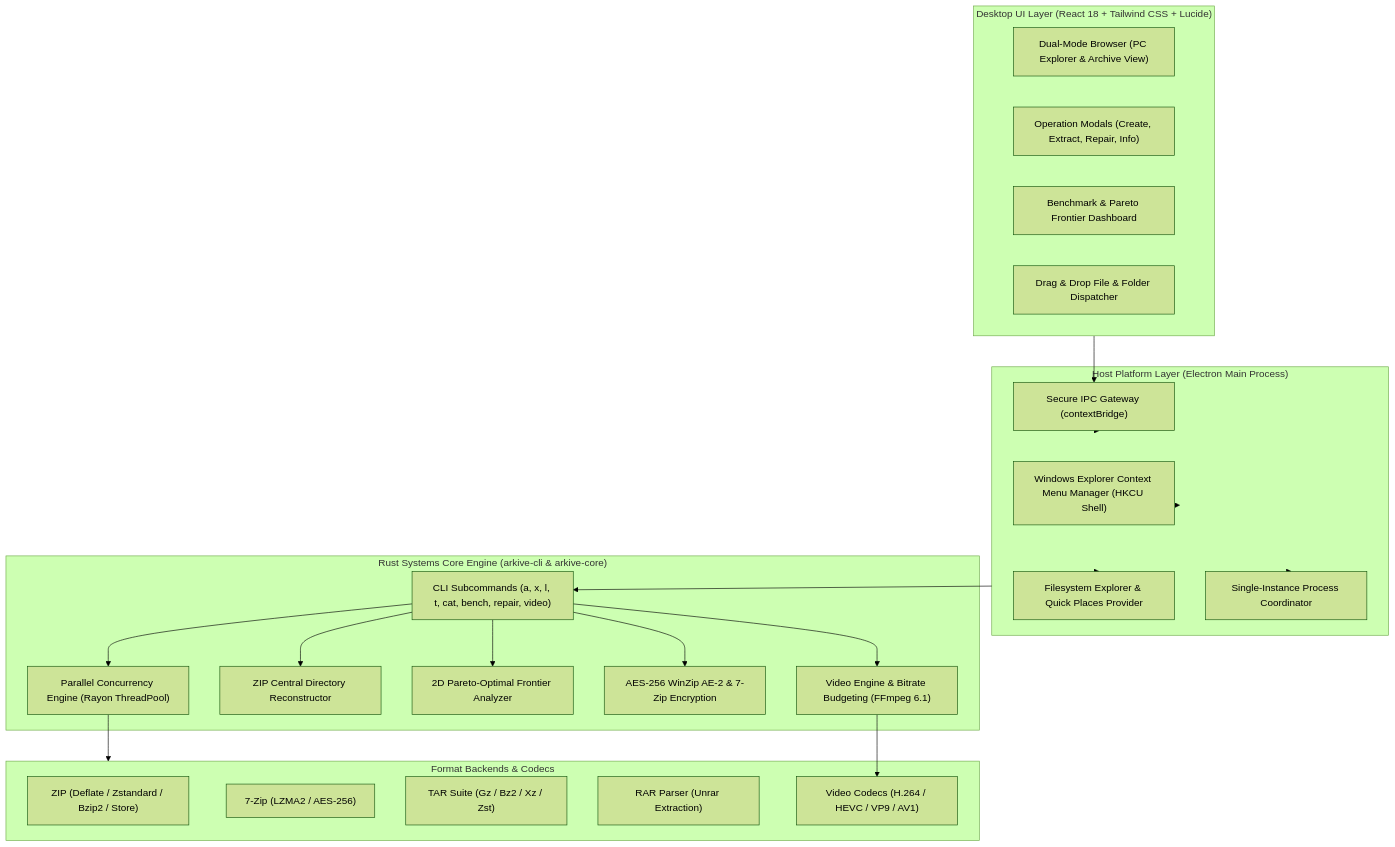
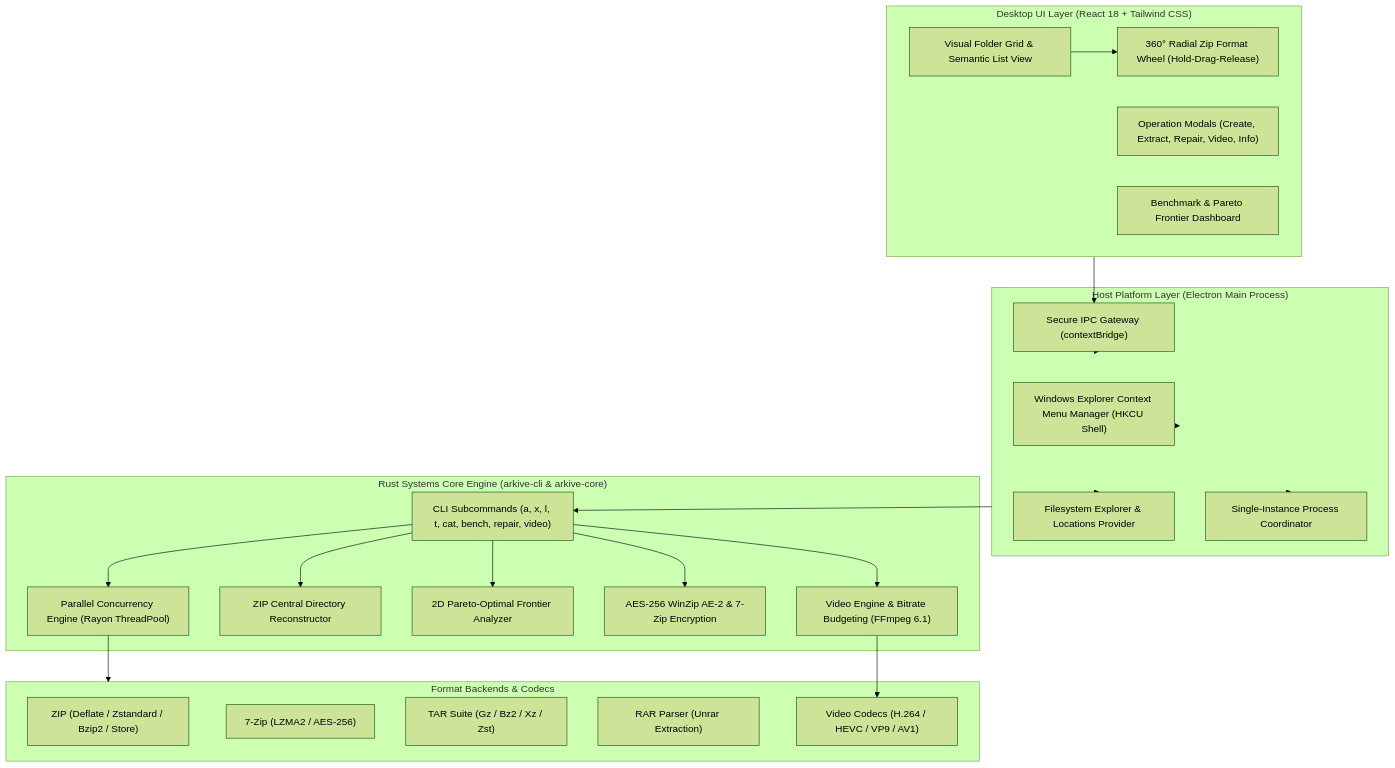
Before and after one commit to Zeinboulo/arkive: the second of 2 diagrams in README.md, drawn with Mermaid (forest theme). The commit also changed other lines of this file and 5 other files, not shown here.

Commit message:
docs(readme): update README and native desktop/shortcut icons with Origami Prism logo and radial wheel docs

````diff
--- a/README.md
+++ b/README.md
@@ -27,47 +65,48 @@
 ```mermaid
 flowchart TD
-    subgraph UI ["Desktop UI Layer (React 18 + Tailwind CSS + Lucide)"]
-        UI_Browser["Dual-Mode Browser (PC Explorer & Archive View)"]
-        UI_Modals["Operation Modals (Create, Extract, Repair, Info)"]
+    subgraph UI ["Desktop UI Layer (React 18 + Tailwind CSS)"]
+        UI_Grid["Visual Folder Grid & Semantic List View"]
+        UI_Wheel["360° Radial Zip Format Wheel (Hold-Drag-Release)"]
+        UI_Modals["Operation Modals (Create, Extract, Repair, Video, Info)"]
         UI_Bench["Benchmark & Pareto Frontier Dashboard"]
-        UI_DnD["Drag & Drop File & Folder Dispatcher"]
     end
 
     subgraph Host ["Host Platform Layer (Electron Main Process)"]
         Host_IPC["Secure IPC Gateway (contextBridge)"]
         Host_Shell["Windows Explorer Context Menu Manager (HKCU Shell)"]
-        Host_FS["Filesystem Explorer & Quick Places Provider"]
+        Host_FS["Filesystem Explorer & Locations Provider"]
         Host_Lock["Single-Instance Process Coordinator"]
     end
 
     subgraph Engine ["Rust Systems Core Engine (arkive-cli & arkive-core)"]
         CLI["CLI Subcommands (a, x, l, t, cat, bench, repair, video)"]
         Core_Con["Parallel Concurrency Engine (Rayon ThreadPool)"]
         Core_Repair["ZIP Central Directory Reconstructor"]
         Core_Pareto["2D Pareto-Optimal Frontier Analyzer"]
         Core_Crypto["AES-256 WinZip AE-2 & 7-Zip Encryption"]
         Core_Video["Video Engine & Bitrate Budgeting (FFmpeg 6.1)"]
     end
 
     subgraph Codecs ["Format Backends & Codecs"]
         FMT_Zip["ZIP (Deflate / Zstandard / Bzip2 / Store)"]
         FMT_7z["7-Zip (LZMA2 / AES-256)"]
         FMT_Tar["TAR Suite (Gz / Bz2 / Xz / Zst)"]
         FMT_Rar["RAR Parser (Unrar Extraction)"]
         FMT_Vid["Video Codecs (H.264 / HEVC / VP9 / AV1)"]
     end
 
+    UI_Grid --> UI_Wheel
     UI --> Host_IPC
     Host_IPC --> Host
     Host --> Host_Lock
     Host --> Host_Shell
     Host --> Host_FS
     Host --> CLI
     CLI --> Core_Con
     CLI --> Core_Repair
     CLI --> Core_Pareto
     CLI --> Core_Crypto
     CLI --> Core_Video
     Core_Con --> Codecs
     Core_Video --> FMT_Vid
 ```
````
